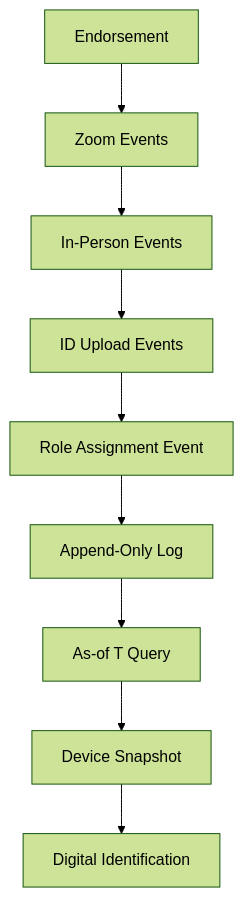
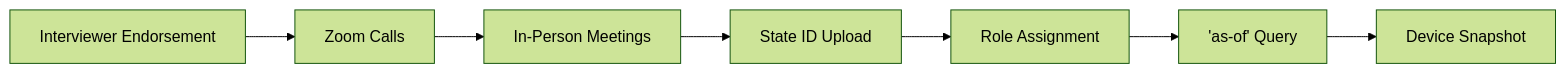
One commit to Synthetic-Identity-Co/conj-talk-2025 changed the first of 3 diagrams in conj-talk-2025.md. Above: the diagram before and after it, drawn with Mermaid (forest theme). The commit also changed other lines of this file, not shown here.

````diff
--- a/conj-talk-2025.md
+++ b/conj-talk-2025.md
@@ -174,11 +161,9 @@
 ```mermaid
-graph TD
-    A[Endorsement] --> B[Zoom Events]
-    B --> C[In-Person Events]
-    C --> D[ID Upload Events]
-    D --> E[Role Assignment Event]
-    E --> F[Append-Only Log]
-    F --> G[As-of T Query]
-    G --> H[Device Snapshot]
-    H --> I[Digital Identification]
+graph LR
+    A[Interviewer Endorsement] --> B[Zoom Calls]
+    B --> C[In-Person Meetings]
+    C --> D[State ID Upload]
+    D --> E[Role Assignment]
+    E --> F['as-of' Query]
+    F --> G[Device Snapshot]
 ```
````
